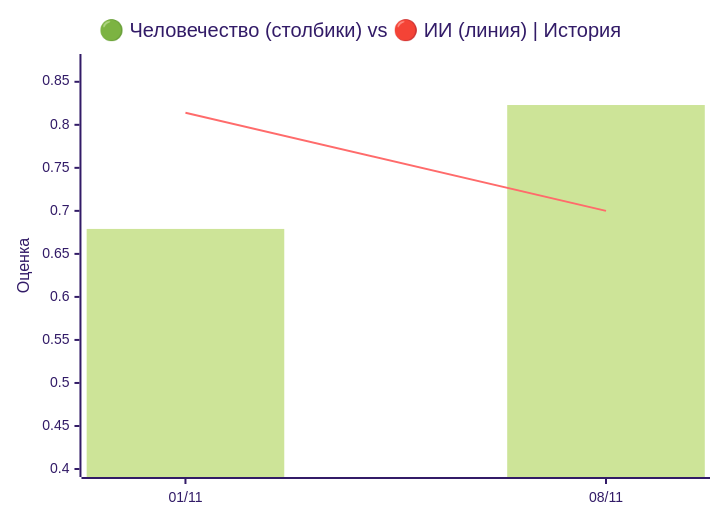
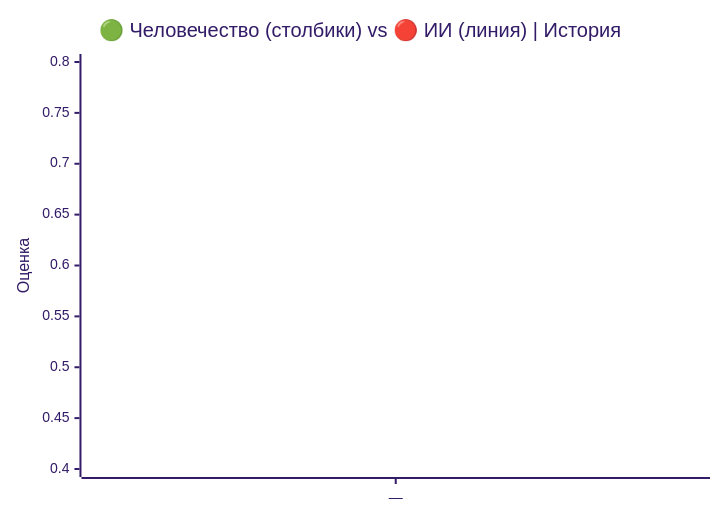
The first of 3 diagrams in README.ru.md (VQQLK/Human-AI-Monitor), drawn with Mermaid (forest theme) before and after one commit. The commit also changed other lines of this file and 2 other files, not shown here.

````diff
--- a/README.ru.md
+++ b/README.ru.md
@@ -33,8 +33,8 @@
 ```mermaid
 xychart-beta
     title "🟢 Человечество (столбики) vs 🔴 ИИ (линия) | История"
-    x-axis ["01/11", "08/11"]
-    y-axis "Оценка" 0.400 --> 0.873
-    bar [0.679, 0.823]
-    line [0.814, 0.700]
+    x-axis ["—"]
+    y-axis "Оценка" 0.400 --> 0.800
+    bar [0]
+    line [0]
 ```
````
